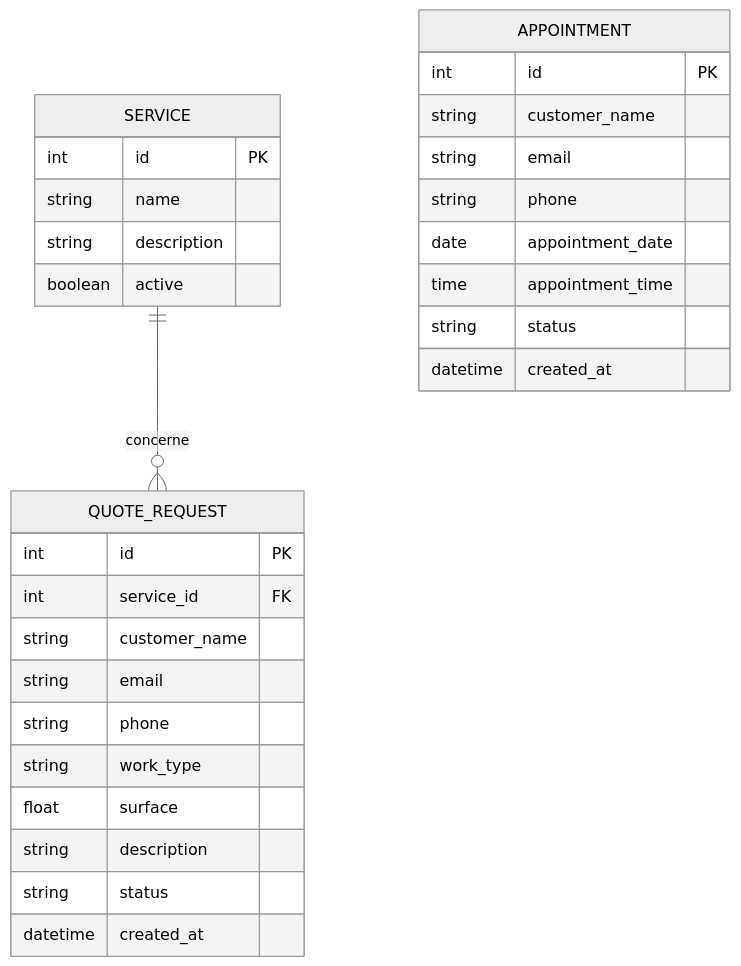
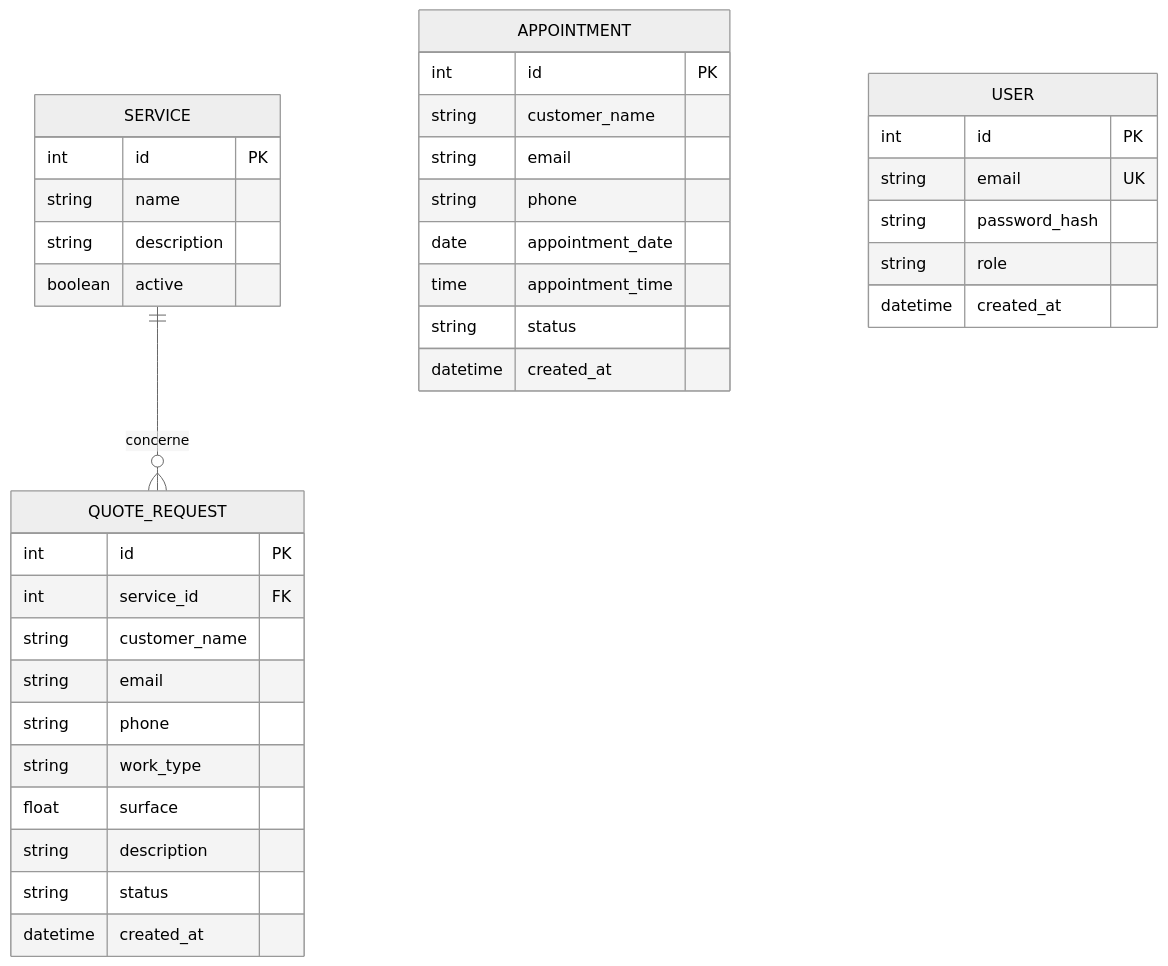
The diagram in docs/database.md (adib-commits/AzurRenoPro), drawn with Mermaid (neutral theme) before and after one commit. The commit also changed other lines of this file and 1 other file, not shown here.

Commit message:
docs: finalize AzurRenoPro architecture and database

````diff
--- a/docs/database.md
+++ b/docs/database.md
@@ -5,35 +18,43 @@
 ```mermaid
 erDiagram
     SERVICE ||--o{ QUOTE_REQUEST : concerne
 
     SERVICE {
         int id PK
         string name
         string description
         boolean active
     }
 
     QUOTE_REQUEST {
         int id PK
         int service_id FK
         string customer_name
         string email
         string phone
         string work_type
         float surface
         string description
         string status
         datetime created_at
     }
 
     APPOINTMENT {
         int id PK
         string customer_name
         string email
         string phone
         date appointment_date
         time appointment_time
         string status
         datetime created_at
     }
+
+    USER {
+        int id PK
+        string email UK
+        string password_hash
+        string role
+        datetime created_at
+    }
 ```
````
